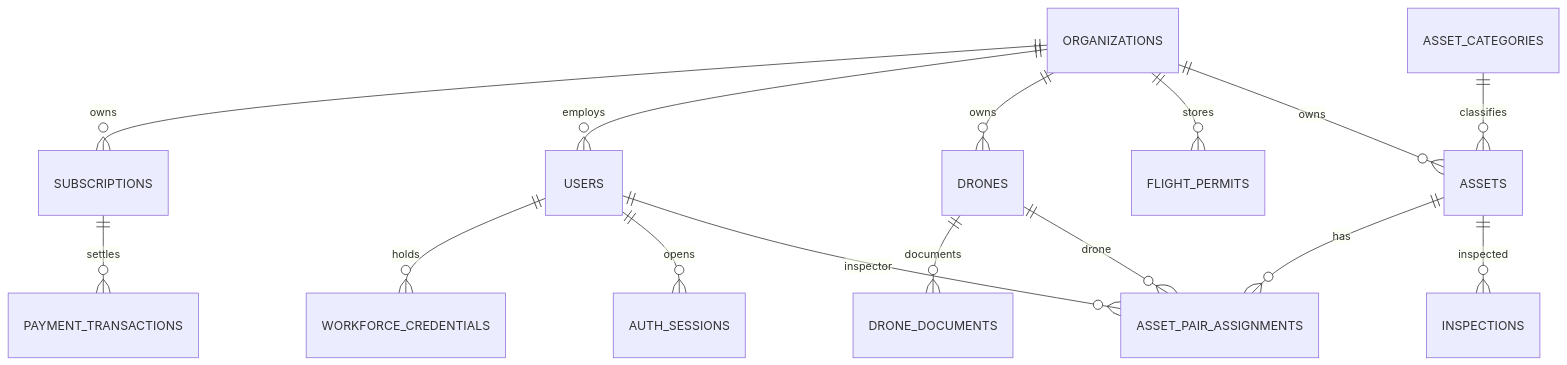
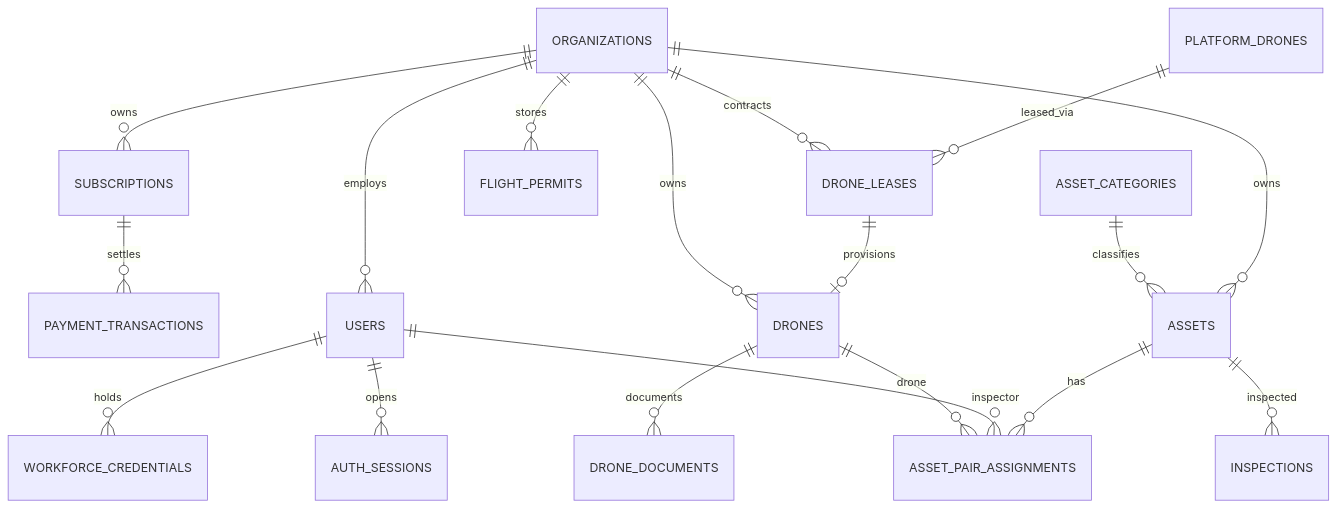
Before and after one commit to tungbach12/SmartDroneInspection-Docs: the first of 3 diagrams in project-reference/database-design.md, drawn with Mermaid. The commit also changed other lines of this file and 22 other files, not shown here.

First line of the commit message:
docs(platform): document role restructure, B2B drone leasing, and 3NF MF2 schema consolidation (#67)

````diff
--- a/project-reference/database-design.md
+++ b/project-reference/database-design.md
@@ -113,18 +114,21 @@
 ```mermaid
 erDiagram
     ORGANIZATIONS ||--o{ SUBSCRIPTIONS : owns
     SUBSCRIPTIONS ||--o{ PAYMENT_TRANSACTIONS : settles
     ORGANIZATIONS ||--o{ USERS : employs
     USERS ||--o{ WORKFORCE_CREDENTIALS : holds
     USERS ||--o{ AUTH_SESSIONS : opens
 
+    PLATFORM_DRONES ||--o{ DRONE_LEASES : leased_via
+    ORGANIZATIONS ||--o{ DRONE_LEASES : contracts
+    DRONE_LEASES ||--o| DRONES : provisions
     ORGANIZATIONS ||--o{ DRONES : owns
     DRONES ||--o{ DRONE_DOCUMENTS : documents
     ORGANIZATIONS ||--o{ FLIGHT_PERMITS : stores
     ORGANIZATIONS ||--o{ ASSETS : owns
     ASSETS ||--o{ ASSET_PAIR_ASSIGNMENTS : has
     USERS ||--o{ ASSET_PAIR_ASSIGNMENTS : inspector
     DRONES ||--o{ ASSET_PAIR_ASSIGNMENTS : drone
     ASSETS ||--o{ INSPECTIONS : inspected
     ASSET_CATEGORIES ||--o{ ASSETS : classifies
 ```
````
